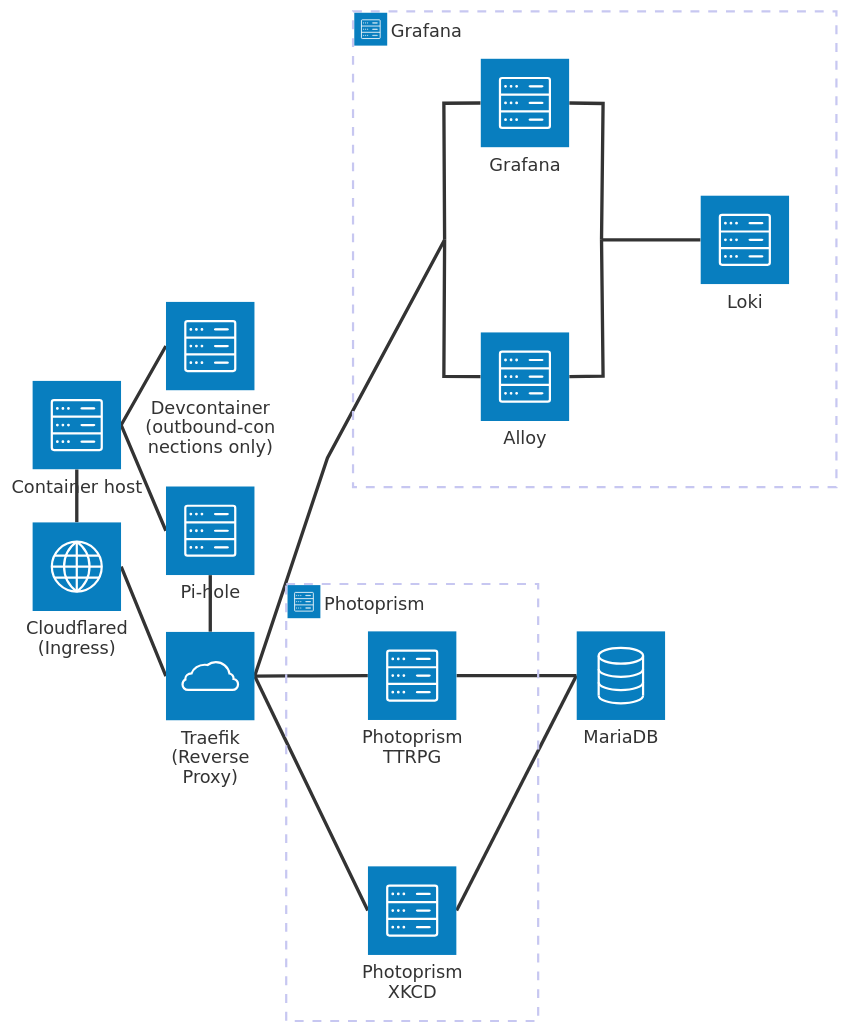
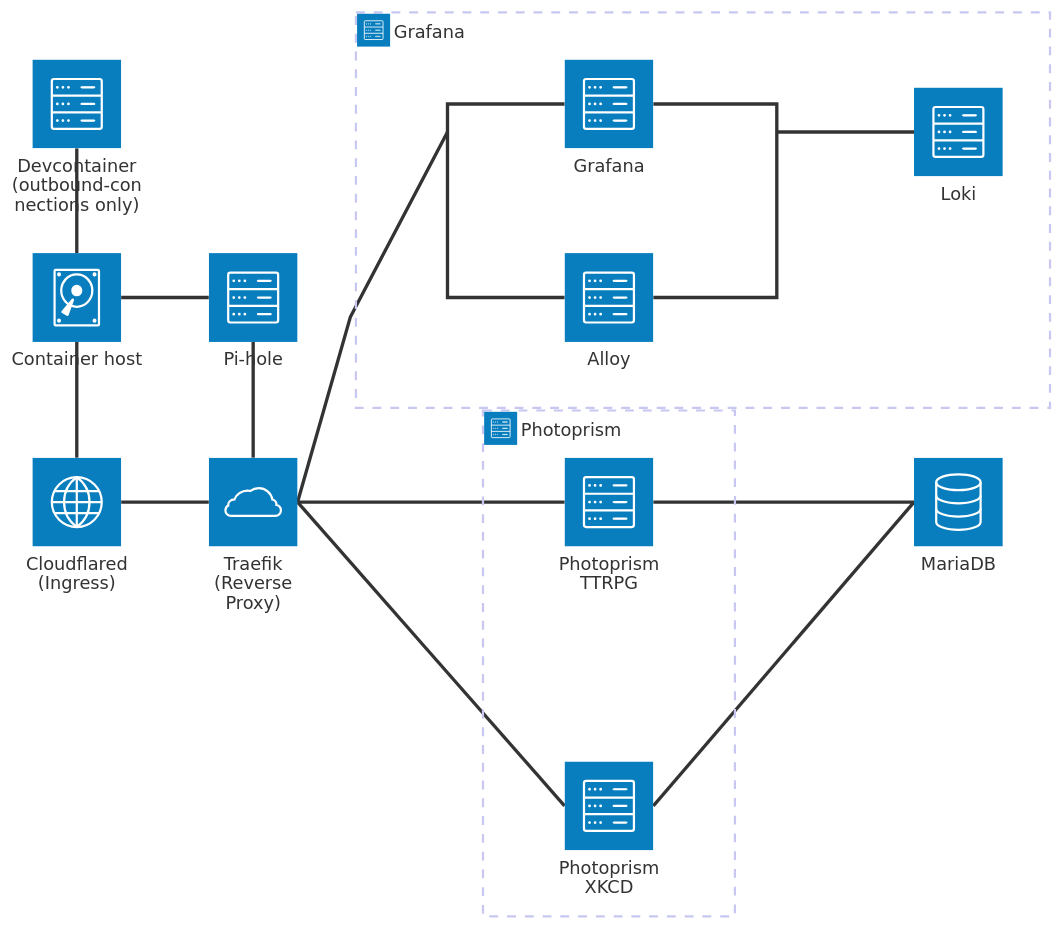
Before and after one commit to matrumz/mathewrumsey.dev: the fifth of 5 diagrams in README.md, drawn with Mermaid. The commit also changed other lines of this file, not shown here.

````diff
--- a/README.md
+++ b/README.md
@@ -351,59 +351,64 @@
 ```mermaid
 ---
 config:
   architecture:
     nodeSeparation: 75
-    idealEdgeLengthMultiplier: .6
-    edgeElasticity: 1
+    idealEdgeLengthMultiplier: 1
+    edgeElasticity: 1.5
     numIter: 1
 ---
 architecture-beta
 
-  service host(server)["Container host"]
+  service host(disk)["Container host"]
   service ingress(internet)["Cloudflared
     (Ingress)"]
   service rp(cloud)["Traefik
     (Reverse Proxy)"]
   host:B -- T:ingress
   ingress:R -- L:rp
   align column host ingress
   align row ingress rp
 
   service devcontainer(server)["Devcontainer
     (outbound-connections only)"]
-  devcontainer:L -- R:host
+  devcontainer:B -- T:host
+  align column devcontainer host
 
   service pihole(server)["Pi-hole"]
   pihole:L -- R:host
   pihole:B -- T:rp
-
-  align column devcontainer pihole rp
+  align column pihole rp
 
   group photoprismgroup(server)[Photoprism]
     service photoprismttrpg(server)["Photoprism TTRPG"] in photoprismgroup
     service photoprismxkcd(server)["Photoprism XKCD"] in photoprismgroup
   photoprismttrpg:L -- R:rp
   photoprismttrpg:R -- L:maria
   photoprismxkcd:L -- R:rp
   photoprismxkcd:R -- L:maria
   align column photoprismttrpg photoprismxkcd
 
   service maria(database)[MariaDB]
-  align row rp photoprismttrpg maria
 
   group grafanagroup(server)[Grafana]
     service grafana(server)["Grafana"] in grafanagroup
     service loki(server)["Loki"] in grafanagroup
     service alloy(server)["Alloy"] in grafanagroup
     junction grafanaaccess in grafanagroup
     junction grafanainternal in grafanagroup
   grafanaaccess:L -- R:rp
   grafanaaccess:T -- L:grafana
   grafanaaccess:B -- L:alloy
   grafanainternal:T -- R:grafana
   grafanainternal:B -- R:alloy
   grafanainternal:R -- L:loki
   align column grafana alloy
   align row grafanaaccess grafanainternal loki
 
+  align row devcontainer grafana
+  align row host pihole alloy
+  align column grafana alloy photoprismttrpg photoprismxkcd
+  align column loki maria
+  align row ingress rp photoprismttrpg maria
+
 ```
````
